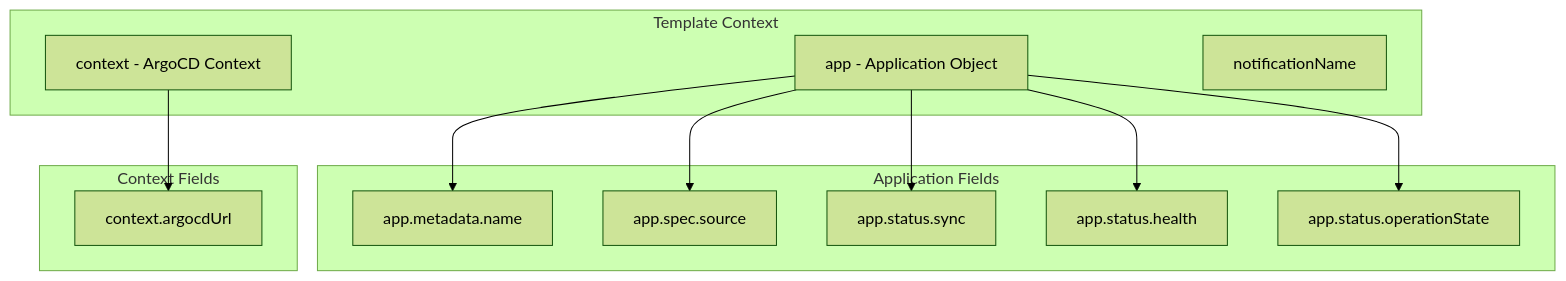
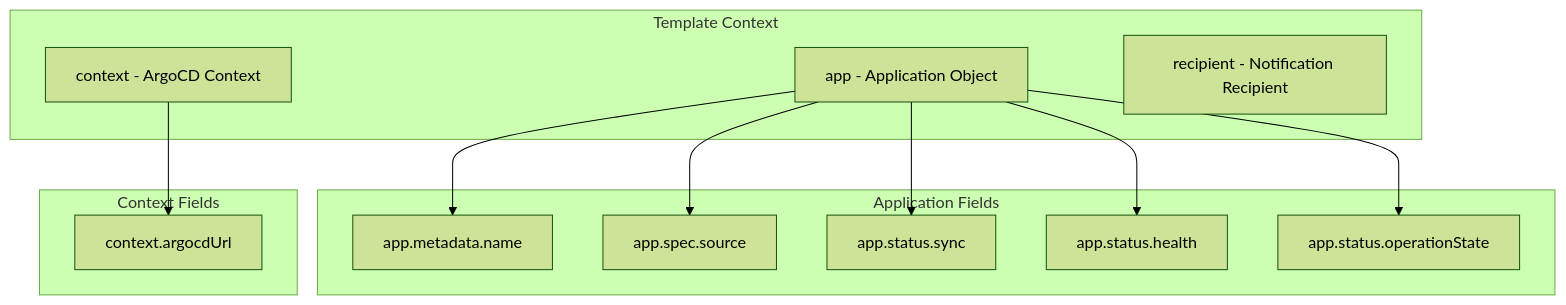
One commit to OneUptime/blog changed the third of 5 diagrams in posts/2026-02-02-argocd-notifications/README.md. Above: the diagram before and after it, drawn with Mermaid (forest theme). The commit also changed other lines of this file and 2 other files, not shown here.

````diff
--- a/posts/2026-02-02-argocd-notifications/README.md
+++ b/posts/2026-02-02-argocd-notifications/README.md
@@ -218,27 +219,27 @@
 ```mermaid
 flowchart TD
     subgraph Context["Template Context"]
         App["app - Application Object"]
         Context2["context - ArgoCD Context"]
-        Notif["notificationName"]
+        Notif["recipient - Notification Recipient"]
     end
 
     subgraph AppFields["Application Fields"]
         Metadata["app.metadata.name"]
         Spec["app.spec.source"]
         Status["app.status.sync"]
         Health["app.status.health"]
         Operation["app.status.operationState"]
     end
 
     subgraph ContextFields["Context Fields"]
         ArgoURL["context.argocdUrl"]
     end
 
     App --> Metadata
     App --> Spec
     App --> Status
     App --> Health
     App --> Operation
     Context2 --> ArgoURL
 ```
````
